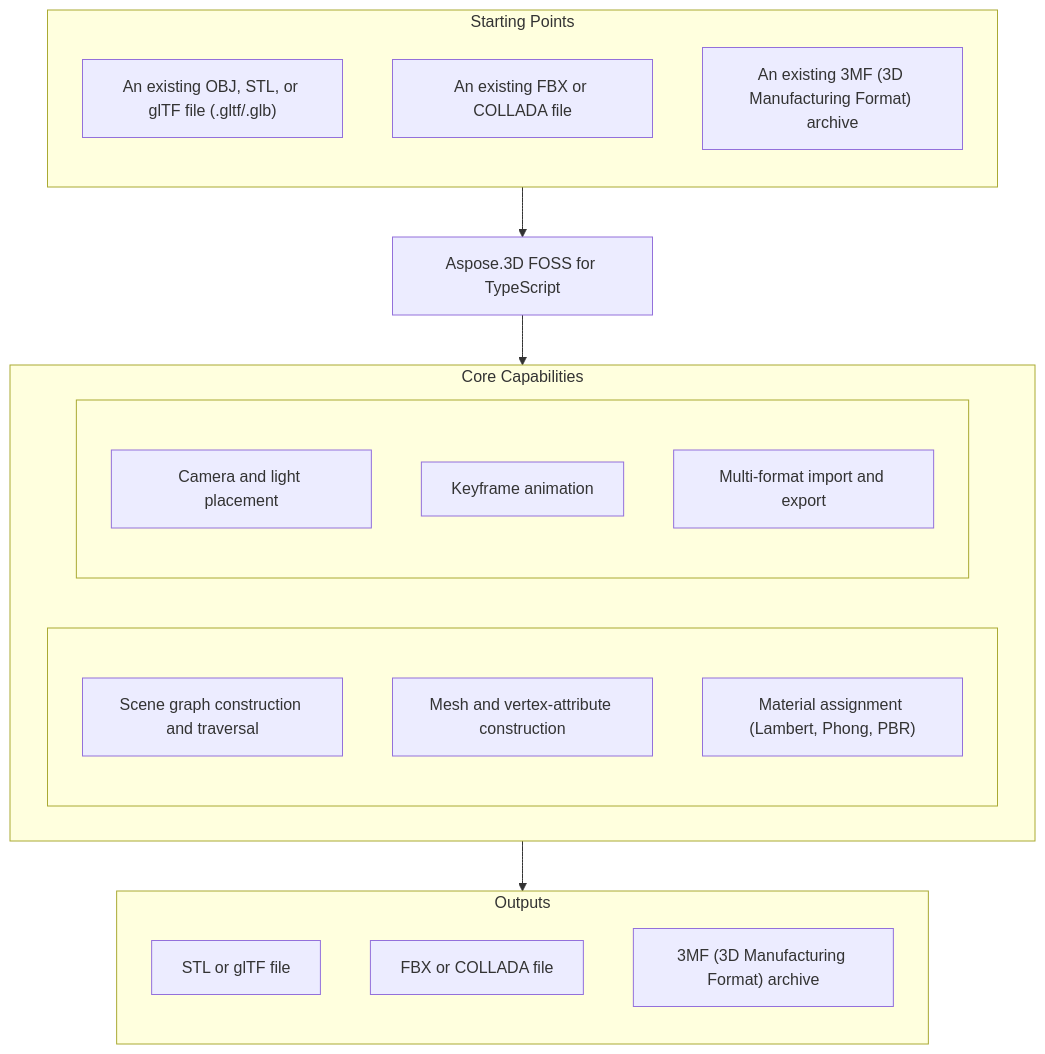
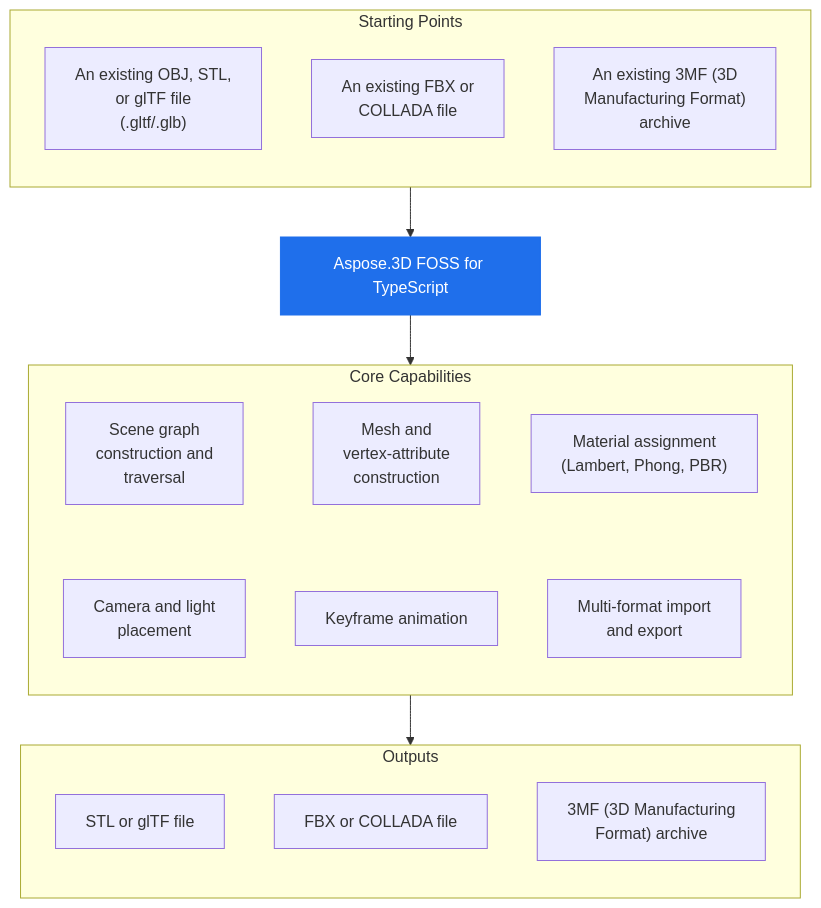
The diagram in 66cb26df3b031f0bf6976d4e88dc89721983afa4/README.md (babar-raza/repo-presenter), drawn with Mermaid before and after one commit. The commit also changed 6 other files, not shown here.

````diff
--- a/66cb26df3b031f0bf6976d4e88dc89721983afa4/README.md
+++ b/66cb26df3b031f0bf6976d4e88dc89721983afa4/README.md
@@ -30,32 +30,31 @@
 ```mermaid
-flowchart TD
+flowchart TB
   subgraph StartingPoints["Starting Points"]
     direction TB
-    i1["An existing OBJ, STL, or glTF file (.gltf/.glb)"]
-    i2["An existing FBX or COLLADA file"]
-    i3["An existing 3MF (3D Manufacturing Format) archive"]
+    i1["An existing OBJ, STL,<br/>or glTF file<br/>(.gltf/.glb)"]
+    i2["An existing FBX or<br/>COLLADA file"]
+    i3["An existing 3MF (3D<br/>Manufacturing Format)<br/>archive"]
   end
   PRODUCT["Aspose.3D FOSS for TypeScript"]
   subgraph Capabilities["Core Capabilities"]
-    direction LR
-    subgraph capl[" "]
-      direction TB
-      c1["Scene graph construction and traversal"]
-      c2["Mesh and vertex-attribute construction"]
-      c3["Material assignment (Lambert, Phong, PBR)"]
-    end
-    subgraph capr[" "]
-      direction TB
-      c4["Camera and light placement"]
-      c5["Keyframe animation"]
-      c6["Multi-format import and export"]
-    end
+    direction TB
+    c1["Scene graph<br/>construction and<br/>traversal"]
+    c2["Mesh and<br/>vertex-attribute<br/>construction"]
+    c3["Material assignment<br/>(Lambert, Phong, PBR)"]
+    c4["Camera and light<br/>placement"]
+    c5["Keyframe animation"]
+    c6["Multi-format import<br/>and export"]
+    c1 ~~~ c4
+    c2 ~~~ c5
+    c3 ~~~ c6
   end
   subgraph Outputs["Outputs"]
     direction TB
     o1["STL or glTF file"]
     o2["FBX or COLLADA file"]
-    o3["3MF (3D Manufacturing Format) archive"]
+    o3["3MF (3D Manufacturing<br/>Format) archive"]
   end
   StartingPoints --> PRODUCT --> Capabilities --> Outputs
+  classDef product fill:#1f6feb,stroke:#1f6feb,color:#ffffff
+  class PRODUCT product
 ```
````
